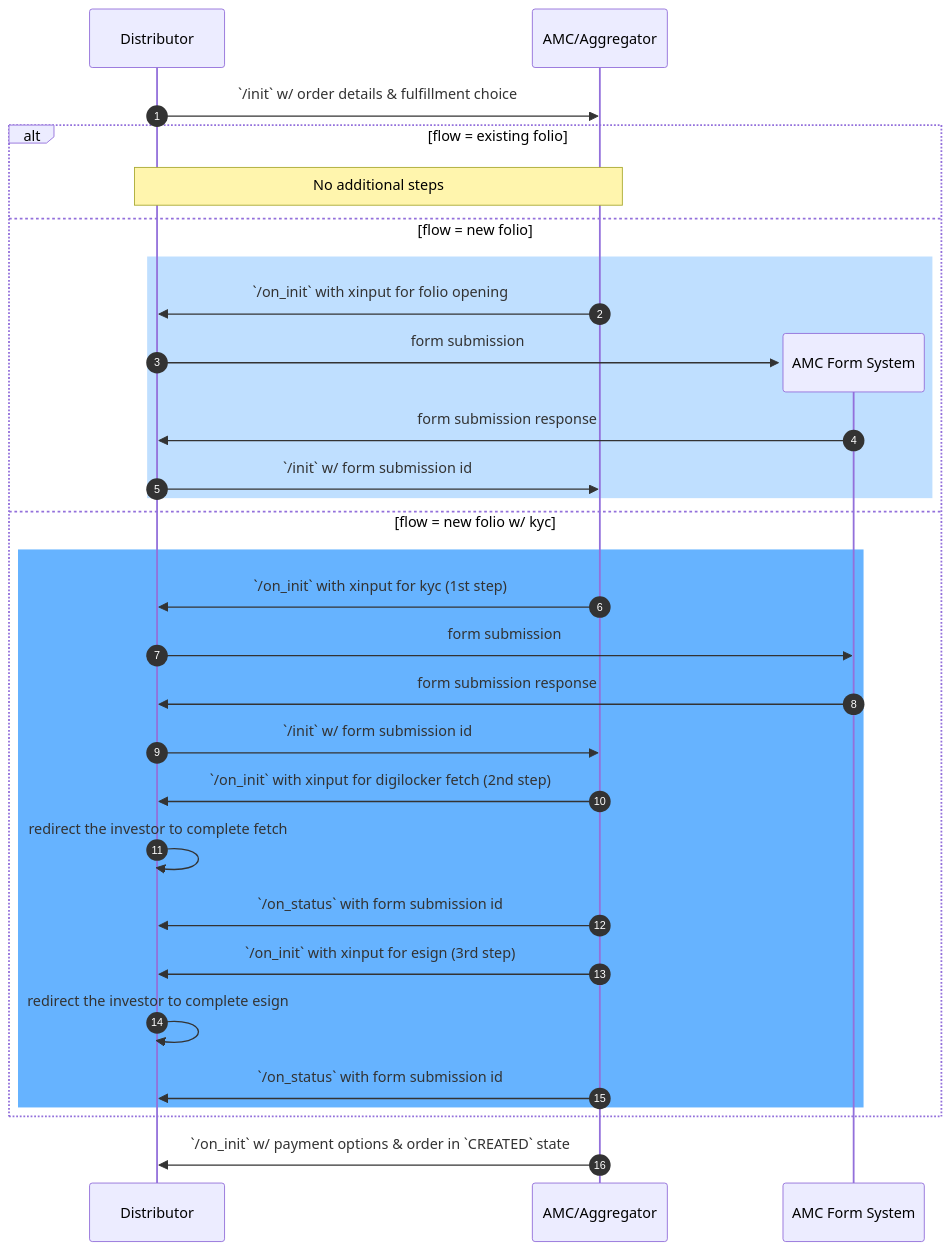
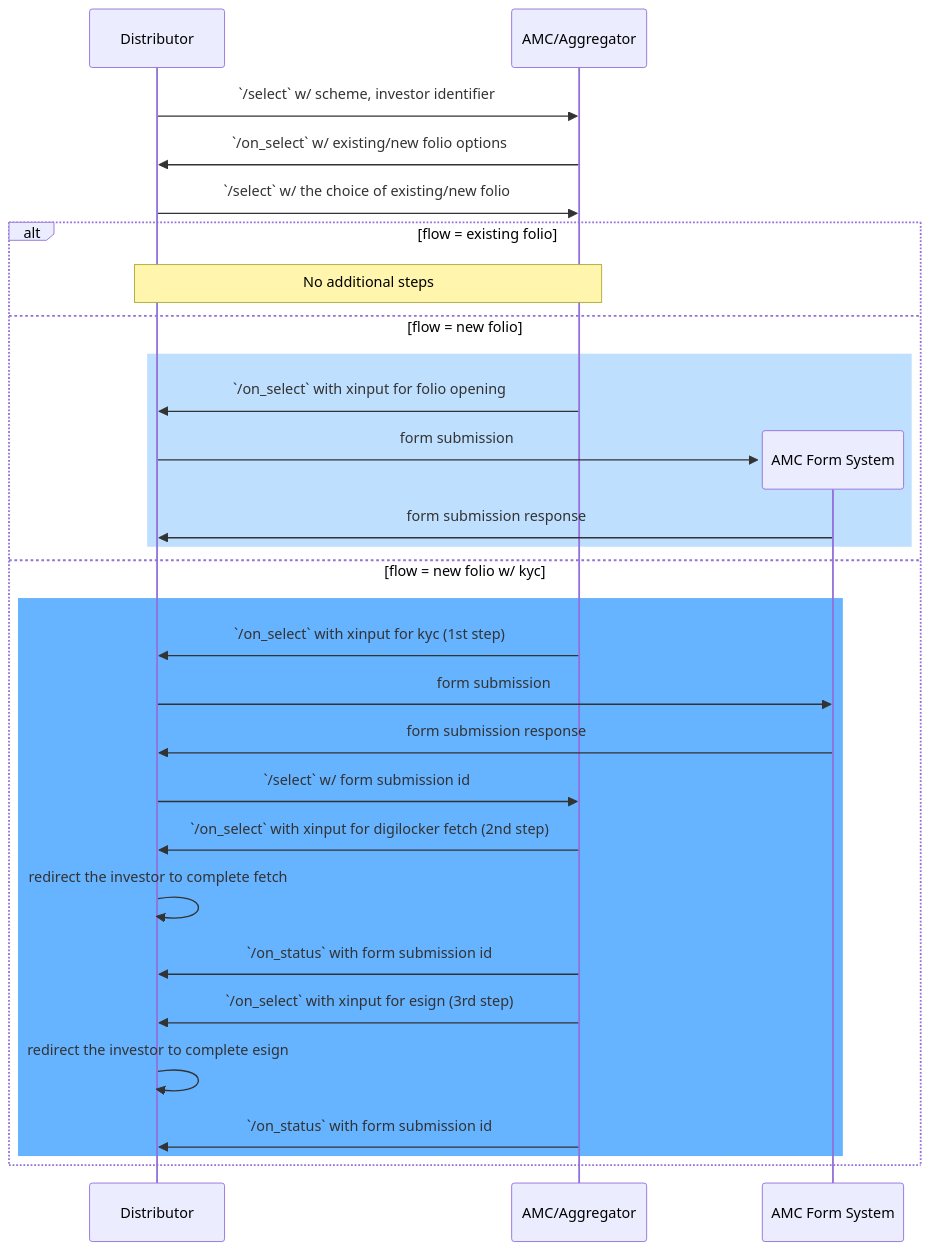
The third of 6 diagrams in api/components/docs/end-to-end-workflow.md (ONDC-Official/ONDC-FIS-Specifications), drawn with Mermaid before and after one commit. The commit also changed other lines of this file and 25 other files, not shown here.

````diff
--- a/api/components/docs/end-to-end-workflow.md
+++ b/api/components/docs/end-to-end-workflow.md
@@ -100,32 +55,31 @@
 ```mermaid
 sequenceDiagram
-    autonumber
     participant bap AS Distributor
     participant bpp AS AMC/Aggregator
-    bap ->> bpp: `/init` w/ order details & fulfillment choice
+    bap ->> bpp: `/select` w/ scheme, investor identifier
+    bpp ->> bap: `/on_select` w/ existing/new folio options
+    bap ->> bpp: `/select` w/ the choice of existing/new folio
     alt flow = existing folio
         Note over bap, bpp: No additional steps
     else flow = new folio
         rect rgb(191, 223, 255)
-            bpp ->> bap: `/on_init` with xinput for folio opening
+            bpp ->> bap: `/on_select` with xinput for folio opening
             create participant fs AS AMC Form System
             bap ->> fs: form submission
             fs ->> bap: form submission response
-            bap ->> bpp: `/init` w/ form submission id
         end
     else flow = new folio w/ kyc
         rect rgb(102,179,255)
-            bpp ->> bap: `/on_init` with xinput for kyc (1st step)
+            bpp ->> bap: `/on_select` with xinput for kyc (1st step)
             bap ->> fs: form submission
             fs ->> bap: form submission response
-            bap ->> bpp: `/init` w/ form submission id
-            bpp ->> bap: `/on_init` with xinput for digilocker fetch (2nd step)
+            bap ->> bpp: `/select` w/ form submission id
+            bpp ->> bap: `/on_select` with xinput for digilocker fetch (2nd step)
             bap ->> bap: redirect the investor to complete fetch
             bpp ->> bap: `/on_status` with form submission id
-            bpp ->> bap: `/on_init` with xinput for esign (3rd step)
+            bpp ->> bap: `/on_select` with xinput for esign (3rd step)
             bap ->> bap: redirect the investor to complete esign
             bpp ->> bap: `/on_status` with form submission id
         end
     end
-    bpp ->> bap: `/on_init` w/ payment options & order in `CREATED` state
 ```
````
